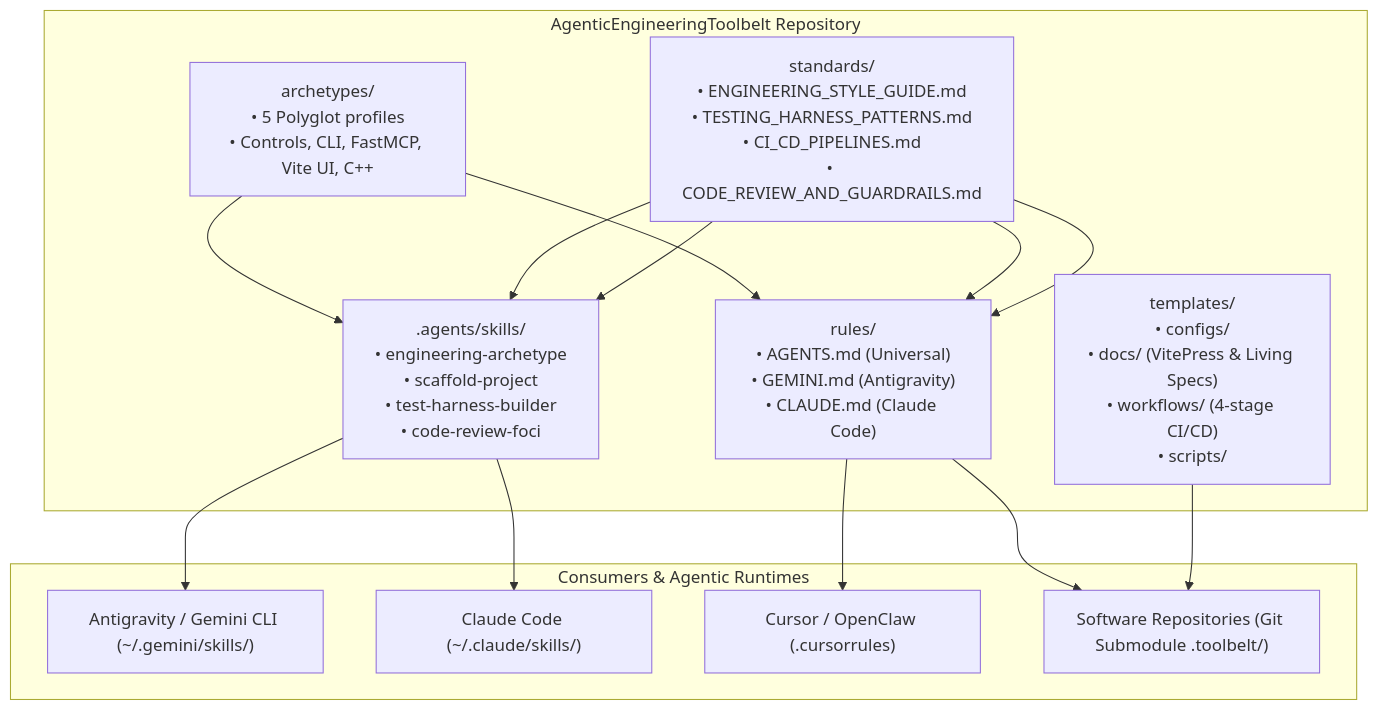
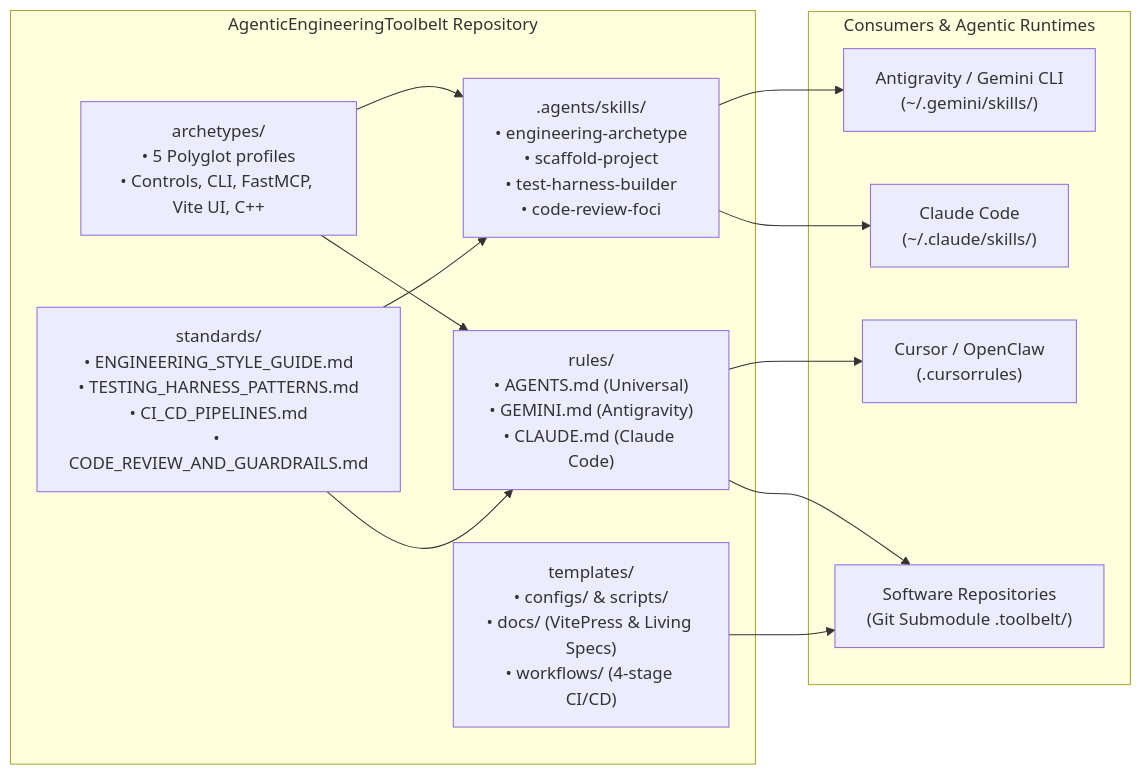
One commit to spelech/AgenticEngineeringToolbelt changed the first of 3 diagrams in ARCHITECTURE.md. Above: the diagram before and after it, drawn with Mermaid. The commit also changed other lines of this file and 30 other files, not shown here.

Commit message:
fix(docs): resolve Mermaid foreignObject text clipping, optimize diagram aspect ratios, and add pan-zoom controller

````diff
--- a/ARCHITECTURE.md
+++ b/ARCHITECTURE.md
@@ -9,23 +9,22 @@
 ```mermaid
-flowchart TD
+flowchart LR
     subgraph Toolbelt["AgenticEngineeringToolbelt Repository"]
         Archetypes["archetypes/<br>• 5 Polyglot profiles<br>• Controls, CLI, FastMCP, Vite UI, C++"]
         Standards["standards/<br>• ENGINEERING_STYLE_GUIDE.md<br>• TESTING_HARNESS_PATTERNS.md<br>• CI_CD_PIPELINES.md<br>• CODE_REVIEW_AND_GUARDRAILS.md"]
         Skills[".agents/skills/<br>• engineering-archetype<br>• scaffold-project<br>• test-harness-builder<br>• code-review-foci"]
         Rules["rules/<br>• AGENTS.md (Universal)<br>• GEMINI.md (Antigravity)<br>• CLAUDE.md (Claude Code)"]
-        Templates["templates/<br>• configs/<br>• docs/ (VitePress & Living Specs)<br>• workflows/ (4-stage CI/CD)<br>• scripts/"]
+        Templates["templates/<br>• configs/ & scripts/<br>• docs/ (VitePress & Living Specs)<br>• workflows/ (4-stage CI/CD)"]
     end
 
     subgraph Clients["Consumers & Agentic Runtimes"]
-        Antigravity["Antigravity / Gemini CLI (~/.gemini/skills/)"]
-        Claude["Claude Code (~/.claude/skills/)"]
-        Cursor["Cursor / OpenClaw (.cursorrules)"]
-        Projects["Software Repositories (Git Submodule .toolbelt/)"]
+        Antigravity["Antigravity / Gemini CLI<br>(~/.gemini/skills/)"]
+        Claude["Claude Code<br>(~/.claude/skills/)"]
+        Cursor["Cursor / OpenClaw<br>(.cursorrules)"]
+        Projects["Software Repositories<br>(Git Submodule .toolbelt/)"]
     end
 
     Archetypes & Standards --> Skills & Rules
     Skills --> Antigravity & Claude
     Rules --> Projects & Cursor
-    Standards --> Skills & Rules
     Templates --> Projects
 ```
````
